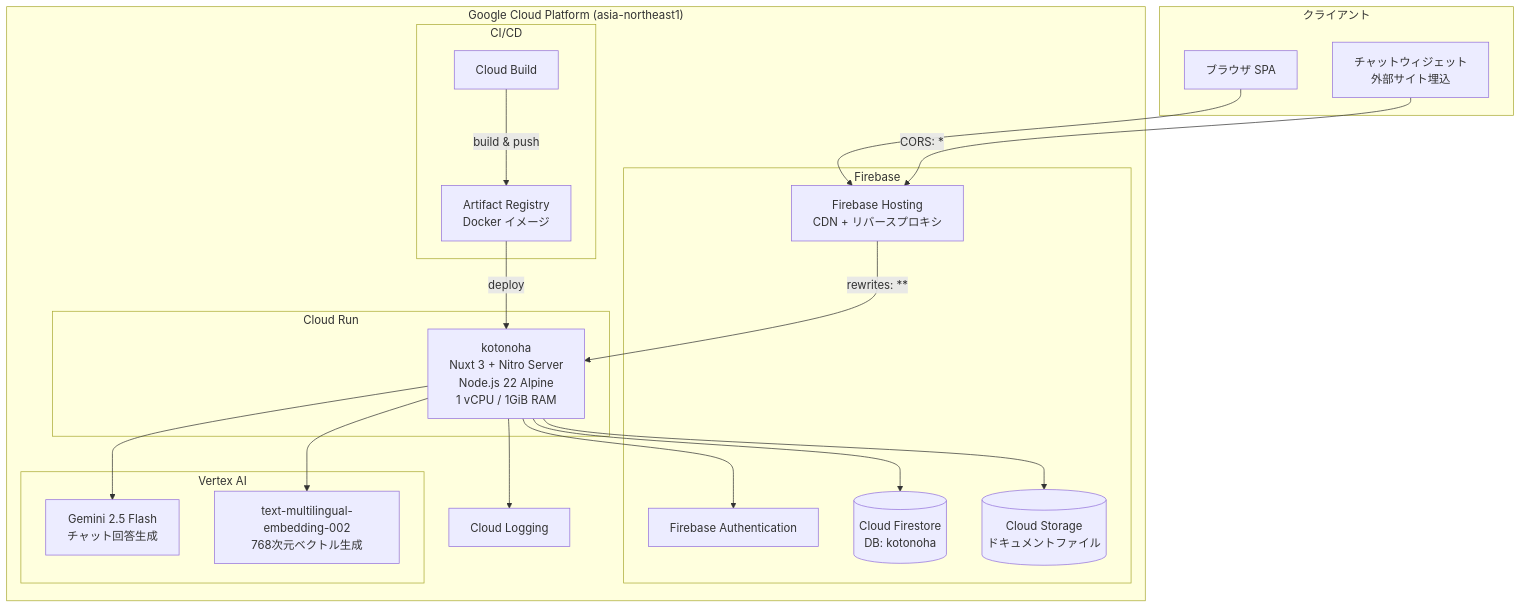
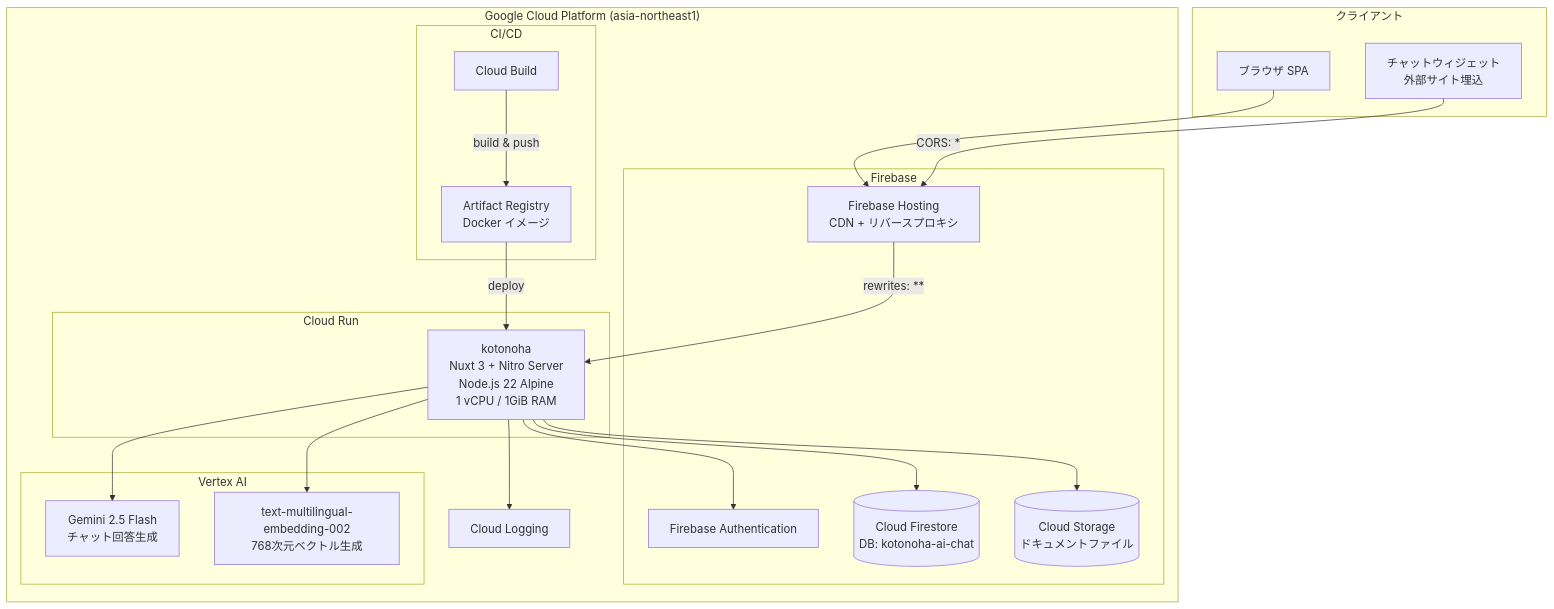
Before and after one commit to higepapa-hinaleon/kotonoha: the first of 2 diagrams in docs/system/infrastructure-design.md, drawn with Mermaid. The commit also changed other lines of this file and 3 other files, not shown here.

First line of the commit message:
fix: Firestore DB ID統一(kotonoha-ai-chat)・グループ編集UI追加・no-group改善

````diff
--- a/docs/system/infrastructure-design.md
+++ b/docs/system/infrastructure-design.md
@@ -16,45 +16,45 @@
 ```mermaid
 graph TB
     subgraph "クライアント"
         Browser[ブラウザ SPA]
         Widget[チャットウィジェット<br/>外部サイト埋込]
     end
 
     subgraph "Google Cloud Platform (asia-northeast1)"
         subgraph "Cloud Run"
             CR[kotonoha<br/>Nuxt 3 + Nitro Server<br/>Node.js 22 Alpine<br/>1 vCPU / 1GiB RAM]
         end
 
         subgraph "Firebase"
             FA[Firebase Authentication]
-            FS[(Cloud Firestore<br/>DB: kotonoha)]
+            FS[(Cloud Firestore<br/>DB: kotonoha-ai-chat)]
             CS[(Cloud Storage<br/>ドキュメントファイル)]
             FH[Firebase Hosting<br/>CDN + リバースプロキシ]
         end
 
         subgraph "Vertex AI"
             Gemini[Gemini 2.5 Flash<br/>チャット回答生成]
             Emb[text-multilingual-embedding-002<br/>768次元ベクトル生成]
         end
 
         subgraph "CI/CD"
             CB[Cloud Build]
             AR[Artifact Registry<br/>Docker イメージ]
         end
 
         CL[Cloud Logging]
     end
 
     Browser --> FH
     Widget -->|CORS: *| FH
     FH -->|rewrites: **| CR
     CR --> FA
     CR --> FS
     CR --> CS
     CR --> Gemini
     CR --> Emb
     CR --> CL
 
     CB -->|build & push| AR
     AR -->|deploy| CR
 ```
````
